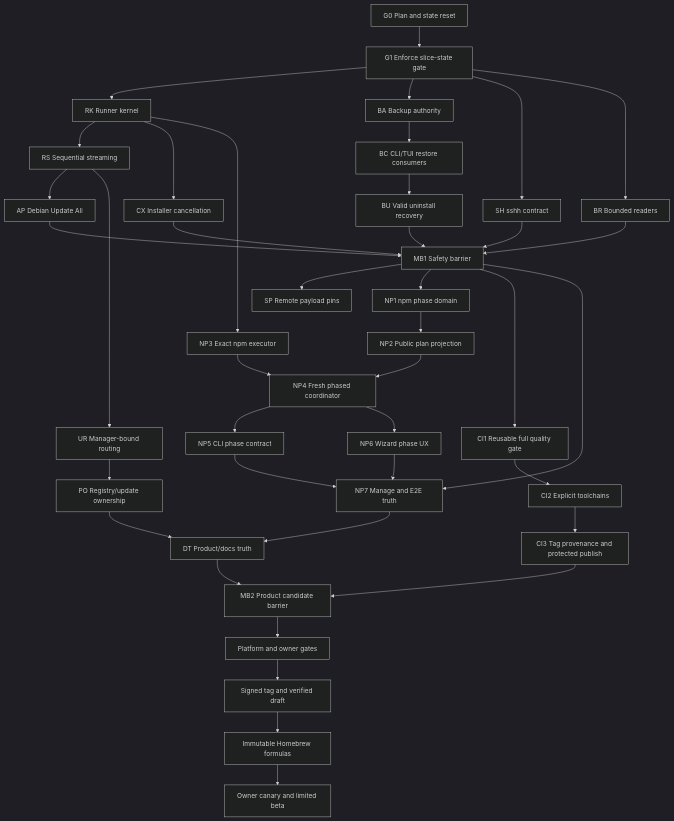
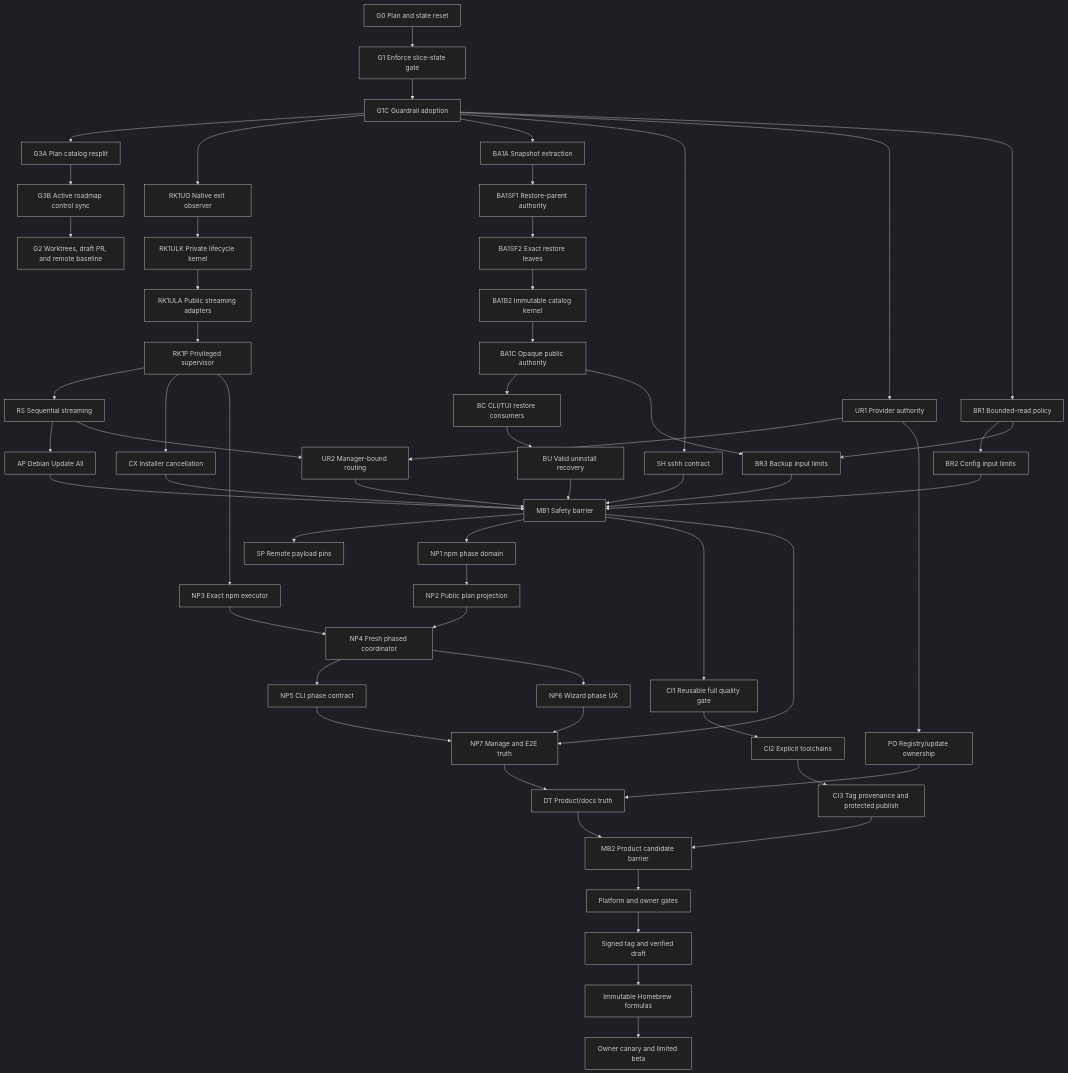
One commit to tekierz/dotfiles changed the diagram in tasks/implementation-release-plan-2026-07-13.md. Above: the diagram before and after it, drawn with Mermaid (dark theme). The commit also changed other lines of this file, not shown here.

Commit message:
Stable - reconcile release catalog and safety waves

```diff
--- a/tasks/implementation-release-plan-2026-07-13.md
+++ b/tasks/implementation-release-plan-2026-07-13.md
@@ -97,42 +97,60 @@
 ~~~mermaid
 flowchart TD
   G0["G0 Plan and state reset"] --> G1["G1 Enforce slice-state gate"]
-  G1 --> RK["RK Runner kernel"]
-  G1 --> BA["BA Backup authority"]
-  G1 --> SH["SH sshh contract"]
-  RK --> RS["RS Sequential streaming"]
+  G1 --> G1C["G1C Guardrail adoption"]
+  G1C --> G3A["G3A Plan catalog resplit"]
+  G3A --> G3B["G3B Active roadmap control sync"]
+  G3B --> G2["G2 Worktrees, draft PR, and remote baseline"]
+  G1C --> RK1UO["RK1UO Native exit observer"]
+  RK1UO --> RK1ULK["RK1ULK Private lifecycle kernel"]
+  RK1ULK --> RK1ULA["RK1ULA Public streaming adapters"]
+  RK1ULA --> RK1P["RK1P Privileged supervisor"]
+  G1C --> BA1A["BA1A Snapshot extraction"]
+  BA1A --> BA1SF1["BA1SF1 Restore-parent authority"]
+  BA1SF1 --> BA1SF2["BA1SF2 Exact restore leaves"]
+  BA1SF2 --> BA1B2["BA1B2 Immutable catalog kernel"]
+  BA1B2 --> BA1C["BA1C Opaque public authority"]
+  G1C --> SH["SH sshh contract"]
+  RK1P --> RS["RS Sequential streaming"]
   RS --> AP["AP Debian Update All"]
-  RS --> UR["UR Manager-bound routing"]
-  BA --> BC["BC CLI/TUI restore consumers"]
+  G1C --> UR1["UR1 Provider authority"]
+  UR1 --> UR2["UR2 Manager-bound routing"]
+  RS --> UR2
+  BA1C --> BC["BC CLI/TUI restore consumers"]
   BC --> BU["BU Valid uninstall recovery"]
-  RK --> CX["CX Installer cancellation"]
-  G1 --> BR["BR Bounded readers"]
+  RK1P --> CX["CX Installer cancellation"]
+  G1C --> BR1["BR1 Bounded-read policy"]
+  BR1 --> BR2["BR2 Config input limits"]
+  BR1 --> BR3["BR3 Backup input limits"]
+  BA1C --> BR3
   MB1 --> SP["SP Remote payload pins"]
   MB1 --> NP1["NP1 npm phase domain"]
   NP1 --> NP2["NP2 Public plan projection"]
-  RK --> NP3["NP3 Exact npm executor"]
+  RK1P --> NP3["NP3 Exact npm executor"]
   NP2 --> NP4["NP4 Fresh phased coordinator"]
   NP3 --> NP4
   NP4 --> NP5["NP5 CLI phase contract"]
   NP4 --> NP6["NP6 Wizard phase UX"]
   NP5 --> NP7["NP7 Manage and E2E truth"]
   NP6 --> NP7
-  UR --> PO["PO Registry/update ownership"]
+  UR1 --> PO["PO Registry/update ownership"]
   NP7 --> DT["DT Product/docs truth"]
   PO --> DT
   MB1 --> CI1["CI1 Reusable full quality gate"]
   CI1 --> CI2["CI2 Explicit toolchains"]
   CI2 --> CI3["CI3 Tag provenance and protected publish"]
   AP --> MB1["MB1 Safety barrier"]
+  UR2 --> MB1
   BU --> MB1
   SH --> MB1
   CX --> MB1
-  BR --> MB1
+  BR2 --> MB1
+  BR3 --> MB1
   MB1 --> NP7
   DT --> MB2["MB2 Product candidate barrier"]
   CI3 --> MB2
   MB2 --> QA["Platform and owner gates"]
   QA --> TAG["Signed tag and verified draft"]
   TAG --> TAP["Immutable Homebrew formulas"]
   TAP --> CANARY["Owner canary and limited beta"]
 ~~~
```
